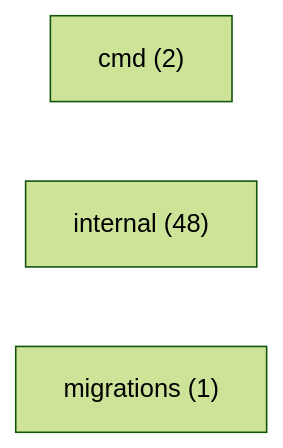
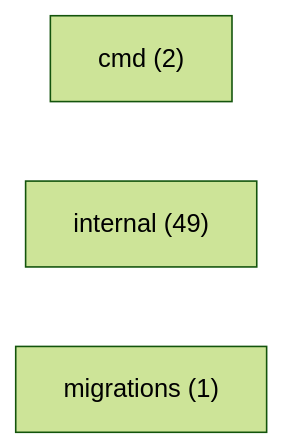
The diagram in DOC/System/mapa/inventario.md (mauriciomiwa/ominicore-service), drawn with Mermaid (forest theme) before and after one commit. The commit also changed other lines of this file and 40 other files, not shown here.

````diff
--- a/DOC/System/mapa/inventario.md
+++ b/DOC/System/mapa/inventario.md
@@ -14,6 +14,6 @@
 ```mermaid
 graph LR
   cmd["cmd (2)"]
-  internal["internal (48)"]
+  internal["internal (49)"]
   migrations["migrations (1)"]
 ```
````
